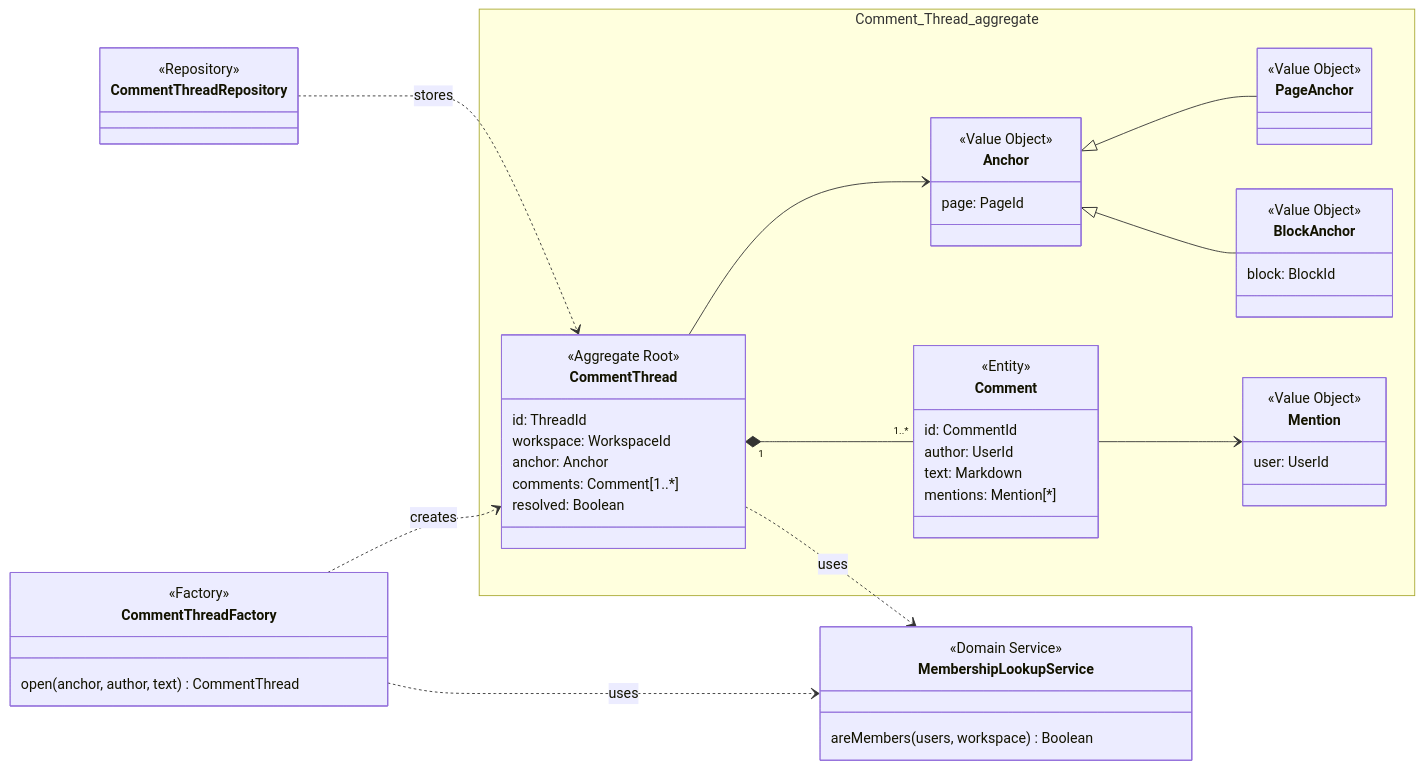
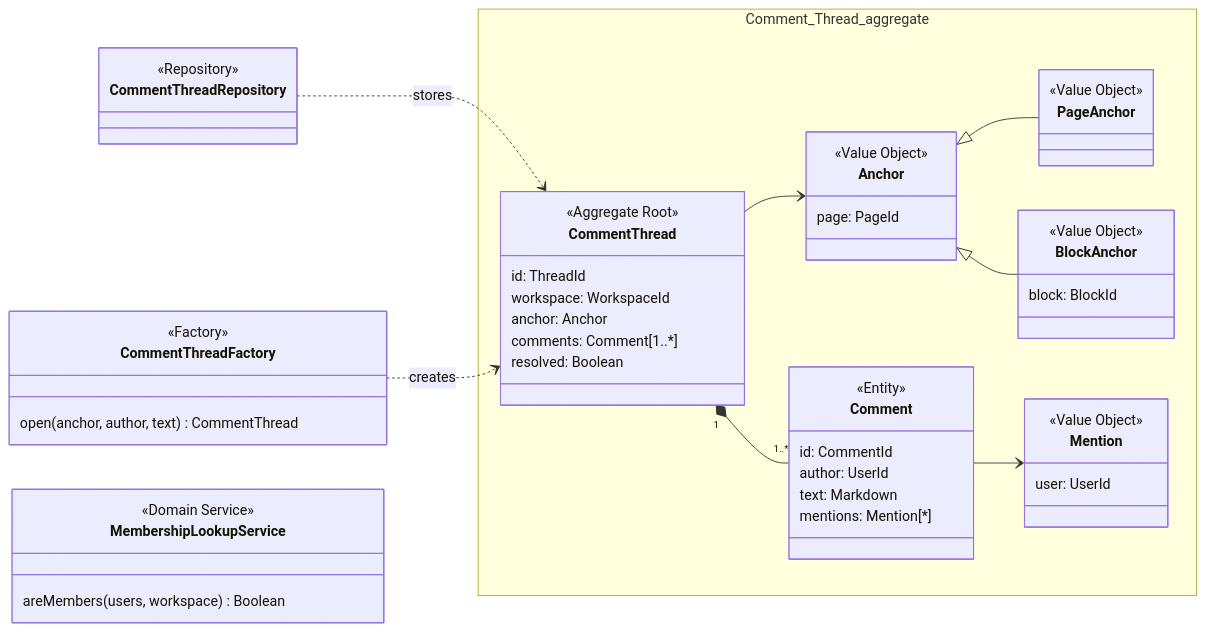
Before and after one commit to Bending-Forks/gotion: the fourth of 5 diagrams in docs/_includes/tactical-design.md, drawn with Mermaid. The commit also changed other lines of this file, not shown here.

````diff
--- a/docs/_includes/tactical-design.md
+++ b/docs/_includes/tactical-design.md
@@ -440,56 +445,54 @@
 ```mermaid
 classDiagram
   direction LR
   namespace Comment_Thread_aggregate {
     class CommentThread {
       <<Aggregate Root>>
       id: ThreadId
       workspace: WorkspaceId
       anchor: Anchor
       comments: Comment[1..*]
       resolved: Boolean
     }
     class Anchor {
       <<Value Object>>
       page: PageId
     }
     class PageAnchor {
       <<Value Object>>
     }
     class BlockAnchor {
       <<Value Object>>
       block: BlockId
     }
     class Comment {
       <<Entity>>
       id: CommentId
       author: UserId
       text: Markdown
       mentions: Mention[*]
     }
     class Mention {
       <<Value Object>>
       user: UserId
     }
   }
   class CommentThreadRepository {
     <<Repository>>
   }
   class CommentThreadFactory {
     <<Factory>>
     open(anchor, author, text) CommentThread
   }
   class MembershipLookupService {
     <<Domain Service>>
     areMembers(users, workspace) Boolean
   }
   CommentThread --> Anchor
   Anchor <|-- PageAnchor
   Anchor <|-- BlockAnchor
   CommentThread "1" *-- "1..*" Comment
   Comment --> Mention
   CommentThreadRepository ..> CommentThread : stores
   CommentThreadFactory ..> CommentThread : creates
-  CommentThreadFactory ..> MembershipLookupService : uses
-  CommentThread ..> MembershipLookupService : uses
 ```
````
